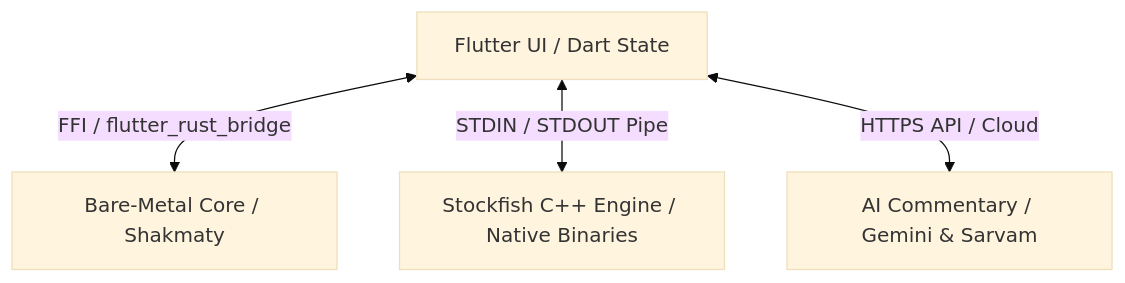
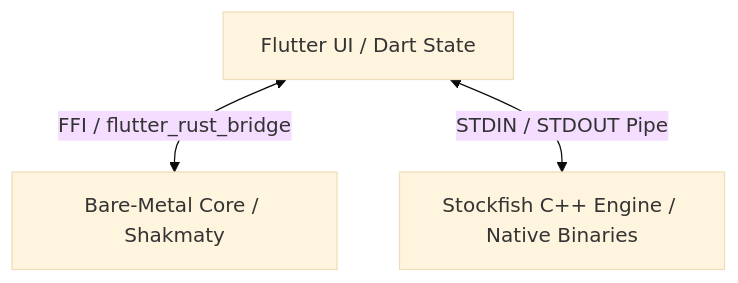
One commit to ideaSpaced90s/ica changed the diagram in IdeaSpace-Chess-Academy.md. Above: the diagram before and after it, drawn with Mermaid (base theme). The commit also changed other lines of this file and 5 other files, not shown here.

````diff
--- a/IdeaSpace-Chess-Academy.md
+++ b/IdeaSpace-Chess-Academy.md
@@ -225,6 +225,5 @@
 ```mermaid
 graph TD
     UI[Flutter UI / Dart State] <-->|FFI / flutter_rust_bridge| Rust[Bare-Metal Core / Shakmaty]
     UI <-->|STDIN / STDOUT Pipe| Stockfish[Stockfish C++ Engine / Native Binaries]
-    UI <-->|HTTPS API / Cloud| Cloud[AI Commentary / Gemini & Sarvam]
 ```
````
